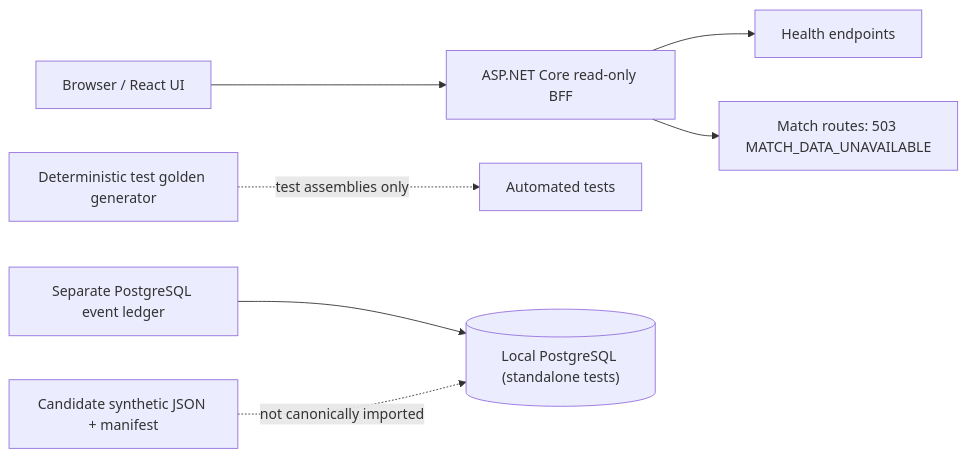
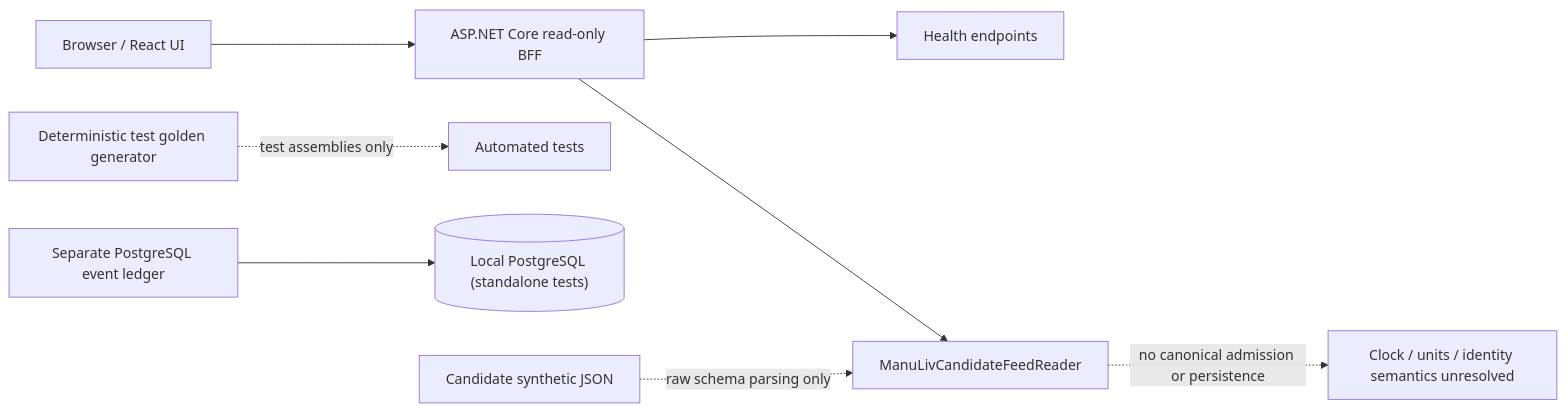
The first of 2 diagrams in docs/architecture/02-container.md (prateekgangopadhyay/PitchMind), drawn with Mermaid before and after one commit. The commit also changed other lines of this file and 6 other files, not shown here.

Commit message:
feat(data): add bounded raw candidate feed reader

````diff
--- a/docs/architecture/02-container.md
+++ b/docs/architecture/02-container.md
@@ -7,9 +7,10 @@
 ```mermaid
 flowchart LR
   U["Browser / React UI"] --> A["ASP.NET Core read-only BFF"]
   A --> H["Health endpoints"]
   A --> R["Match routes: 503 MATCH_DATA_UNAVAILABLE"]
   T["Deterministic test golden generator"] -. test assemblies only .-> Tests["Automated tests"]
   L["Separate PostgreSQL event ledger"] --> P[("Local PostgreSQL (standalone tests)")]
-  J["Candidate synthetic JSON + manifest"] -. "not canonically imported" .-> P
+  J["Candidate synthetic JSON"] -. "raw schema parsing only" .-> R["ManuLivCandidateFeedReader"]
+  R -. "no canonical admission or persistence" .-> X["Clock / units / identity semantics unresolved"]
 ```
````
